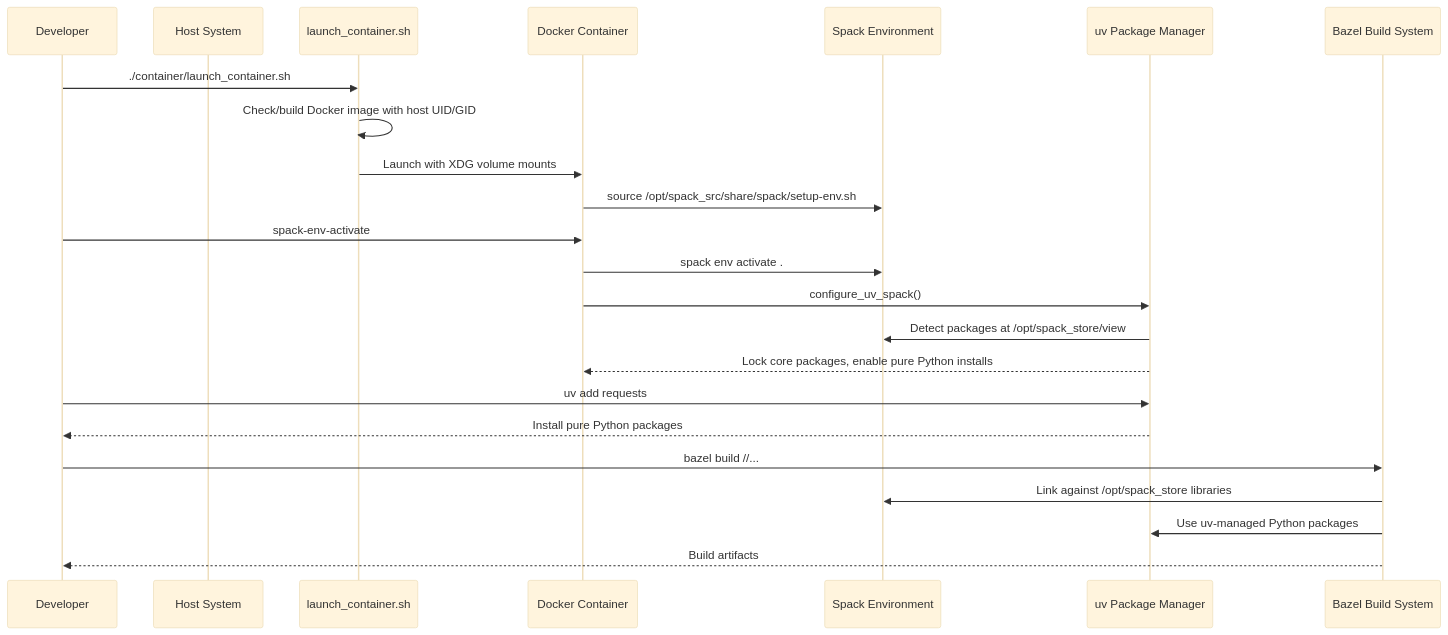
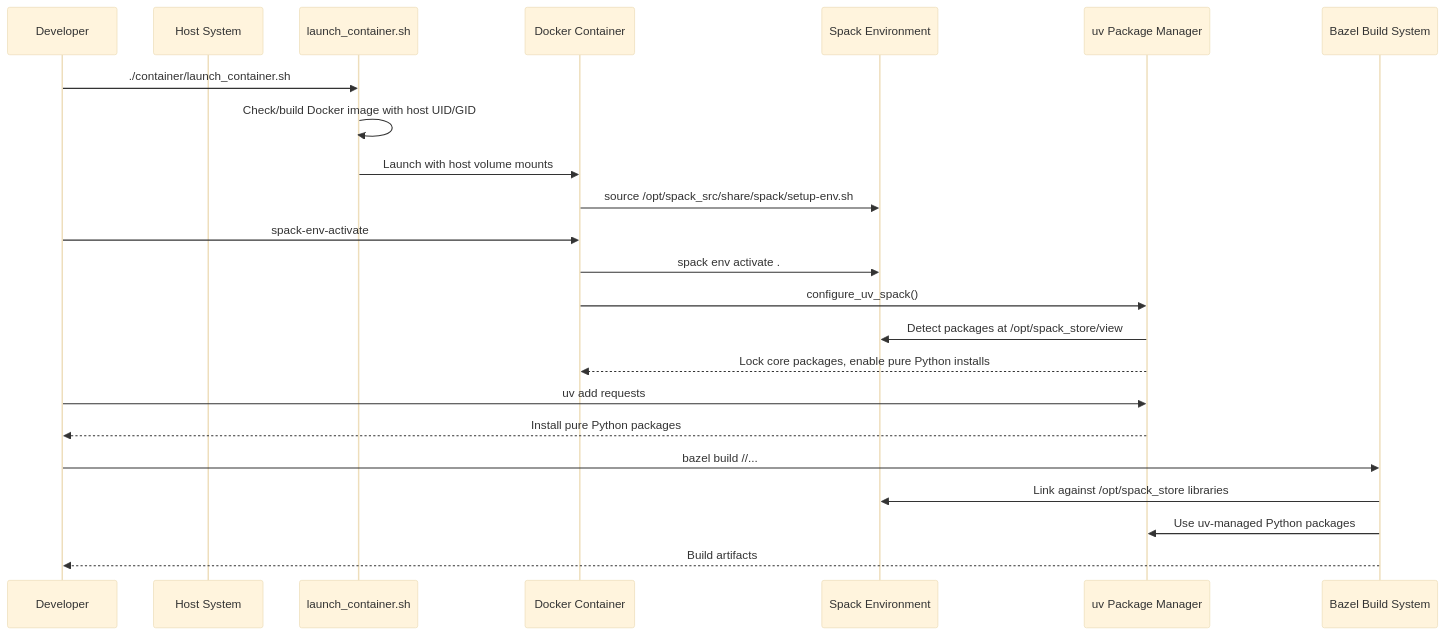
The second of 3 diagrams in SYSTEM_DESIGN.md (phi9t/sygaldry), drawn with Mermaid (base theme) before and after one commit. The commit also changed other lines of this file and 6 other files, not shown here.

````diff
--- a/SYSTEM_DESIGN.md
+++ b/SYSTEM_DESIGN.md
@@ -226,26 +223,26 @@
 ```mermaid
 sequenceDiagram
     participant Dev as Developer
     participant Host as Host System
     participant Launcher as launch_container.sh
     participant Container as Docker Container
     participant Spack as Spack Environment
     participant UV as uv Package Manager
     participant Bazel as Bazel Build System
 
     Dev->>Launcher: ./container/launch_container.sh
     Launcher->>Launcher: Check/build Docker image with host UID/GID
-    Launcher->>Container: Launch with XDG volume mounts
+    Launcher->>Container: Launch with host volume mounts
     Container->>Spack: source /opt/spack_src/share/spack/setup-env.sh
     Dev->>Container: spack-env-activate
     Container->>Spack: spack env activate .
     Container->>UV: configure_uv_spack()
     UV->>Spack: Detect packages at /opt/spack_store/view
     UV-->>Container: Lock core packages, enable pure Python installs
     Dev->>UV: uv add requests
     UV-->>Dev: Install pure Python packages
     Dev->>Bazel: bazel build //...
     Bazel->>Spack: Link against /opt/spack_store libraries
     Bazel->>UV: Use uv-managed Python packages
     Bazel-->>Dev: Build artifacts
 ```
````
